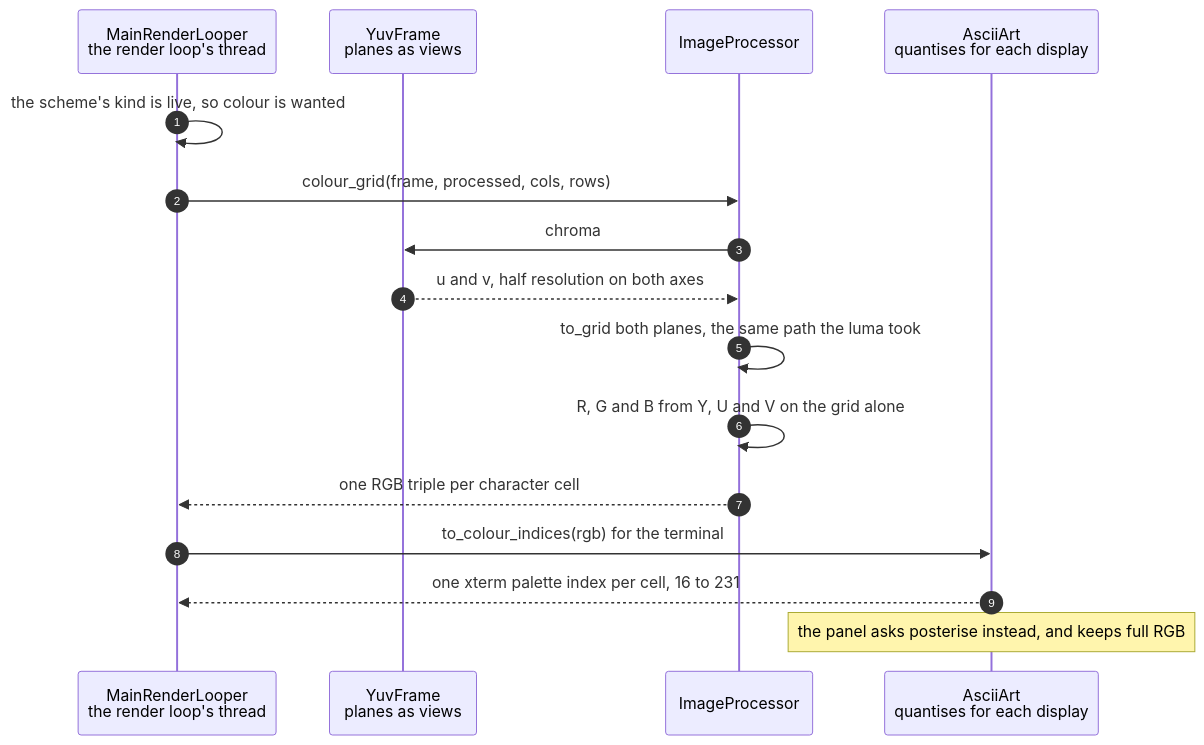
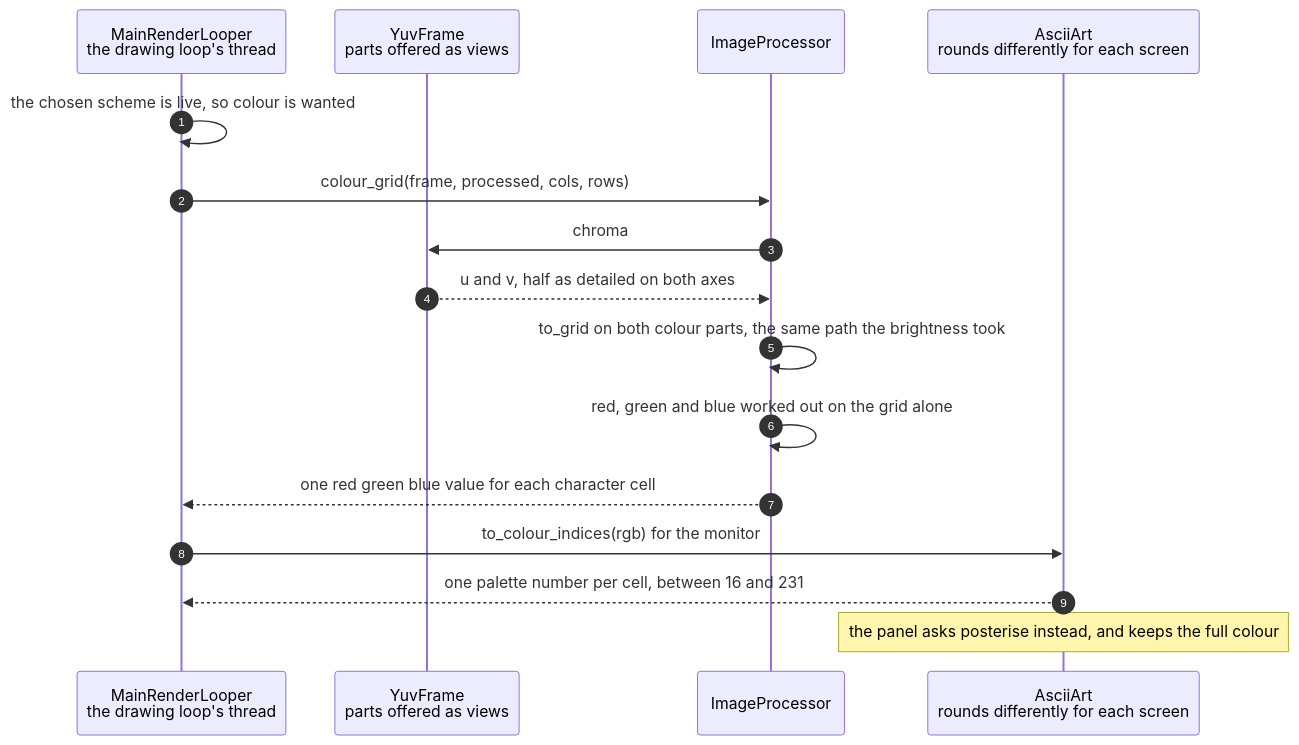
One commit to replicant1/AsciiArt-Pi changed the diagram in docs/scenarios/the-chroma-planes-give-each-character-cell-its-colour.md. Above: the diagram before and after it, drawn with Mermaid. The commit also changed other lines of this file and 6 other files, not shown here.

````diff
--- a/docs/scenarios/the-chroma-planes-give-each-character-cell-its-colour.md
+++ b/docs/scenarios/the-chroma-planes-give-each-character-cell-its-colour.md
@@ -52,19 +67,19 @@
 ```mermaid
 sequenceDiagram
     autonumber
-    participant App as MainRenderLooper<br/>the render loop's thread
-    participant F as YuvFrame<br/>planes as views
+    participant App as MainRenderLooper<br/>the drawing loop's thread
+    participant F as YuvFrame<br/>parts offered as views
     participant Proc as ImageProcessor
-    participant Art as AsciiArt<br/>quantises for each display
+    participant Art as AsciiArt<br/>rounds differently for each screen
 
-    App->>App: the scheme's kind is live, so colour is wanted
+    App->>App: the chosen scheme is live, so colour is wanted
     App->>Proc: colour_grid(frame, processed, cols, rows)
     Proc->>F: chroma
-    F-->>Proc: u and v, half resolution on both axes
-    Proc->>Proc: to_grid both planes, the same path the luma took
-    Proc->>Proc: R, G and B from Y, U and V on the grid alone
-    Proc-->>App: one RGB triple per character cell
-    App->>Art: to_colour_indices(rgb) for the terminal
-    Art-->>App: one xterm palette index per cell, 16 to 231
-    Note over Art: the panel asks posterise instead, and keeps full RGB
+    F-->>Proc: u and v, half as detailed on both axes
+    Proc->>Proc: to_grid on both colour parts, the same path the brightness took
+    Proc->>Proc: red, green and blue worked out on the grid alone
+    Proc-->>App: one red green blue value for each character cell
+    App->>Art: to_colour_indices(rgb) for the monitor
+    Art-->>App: one palette number per cell, between 16 and 231
+    Note over Art: the panel asks posterise instead, and keeps the full colour
 ```
````
